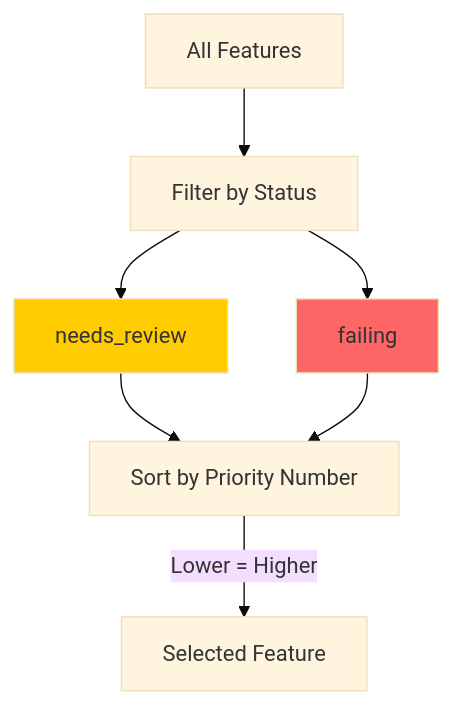
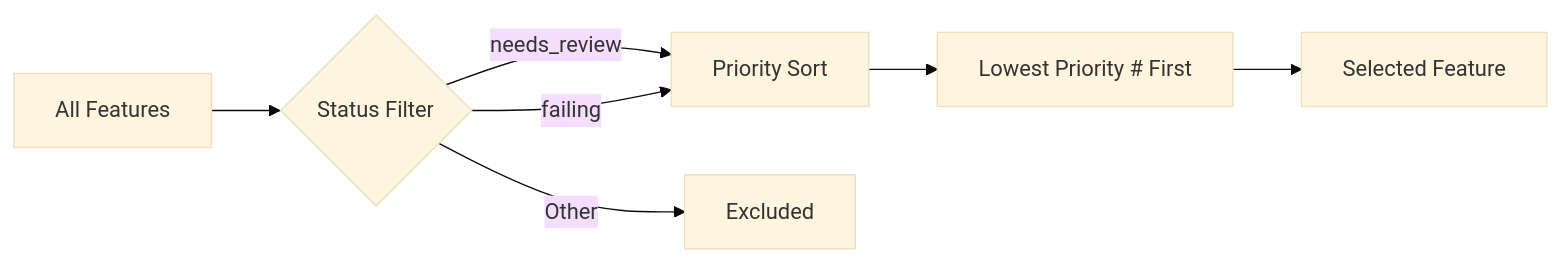
One commit to jerejones/agent-foreman changed the third of 4 diagrams in docs/commands/next.md. Above: the diagram before and after it, drawn with Mermaid (base theme). The commit also changed other lines of this file and 379 other files, not shown here.

````diff
--- a/docs/commands/next.md
+++ b/docs/commands/next.md
@@ -113,15 +179,9 @@
 ```mermaid
-flowchart TD
-    AllFeatures[All Features] --> FilterStatus[Filter by Status]
-
-    FilterStatus --> NeedsReview[needs_review]
-    FilterStatus --> Failing[failing]
-
-    NeedsReview --> Sort[Sort by Priority Number]
-    Failing --> Sort
-
-    Sort --> |Lower = Higher| Selected[Selected Feature]
-
-    style NeedsReview fill:#ffcc00
-    style Failing fill:#ff6666
+graph LR
+    A[All Features] --> B{Status Filter}
+    B -->|needs_review| C[Priority Sort]
+    B -->|failing| C
+    B -->|Other| D[Excluded]
+    C --> E[Lowest Priority # First]
+    E --> F[Selected Feature]
 ```
````
